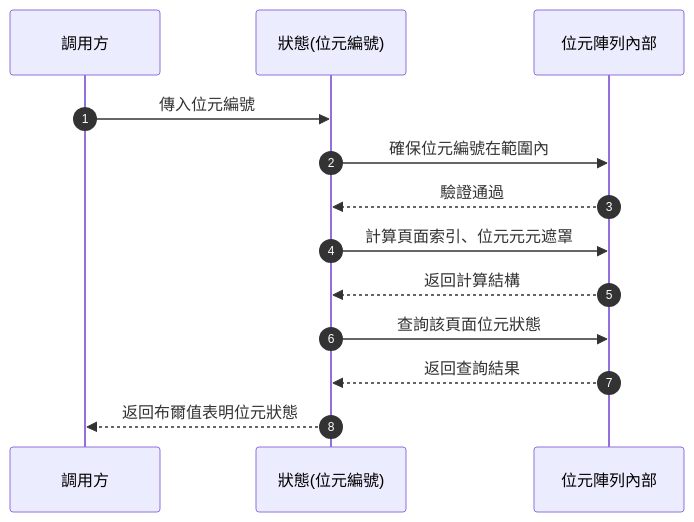
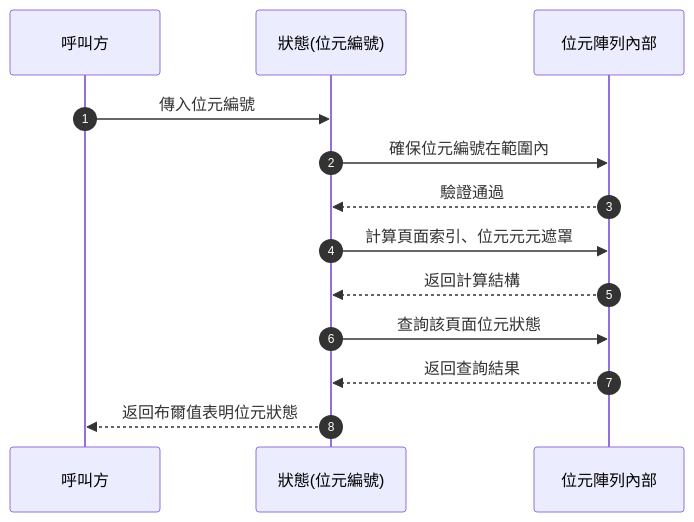
One commit to leoshiang/dx-core changed the sixth of 17 diagrams in docs/位元陣列.md. Above: the diagram before and after it, drawn with Mermaid. The commit also changed other lines of this file and 1 other file, not shown here.

````diff
--- a/docs/位元陣列.md
+++ b/docs/位元陣列.md
@@ -352,15 +330,15 @@
 ```mermaid
 sequenceDiagram
     autoNumber
-    participant Client as 調用方
+    participant Client as 呼叫方
     participant Method as 狀態(位元編號)
     participant Internal as 位元陣列內部
     Client->>Method: 傳入位元編號
     Method->>Internal: 確保位元編號在範圍內
     Internal-->>Method: 驗證通過
     Method->>Internal: 計算頁面索引、位元元元遮罩
     Internal-->>Method: 返回計算結構
     Method->>Internal: 查詢該頁面位元狀態
     Internal-->>Method: 返回查詢結果
     Method-->>Client: 返回布爾值表明位元狀態
 ```
````
